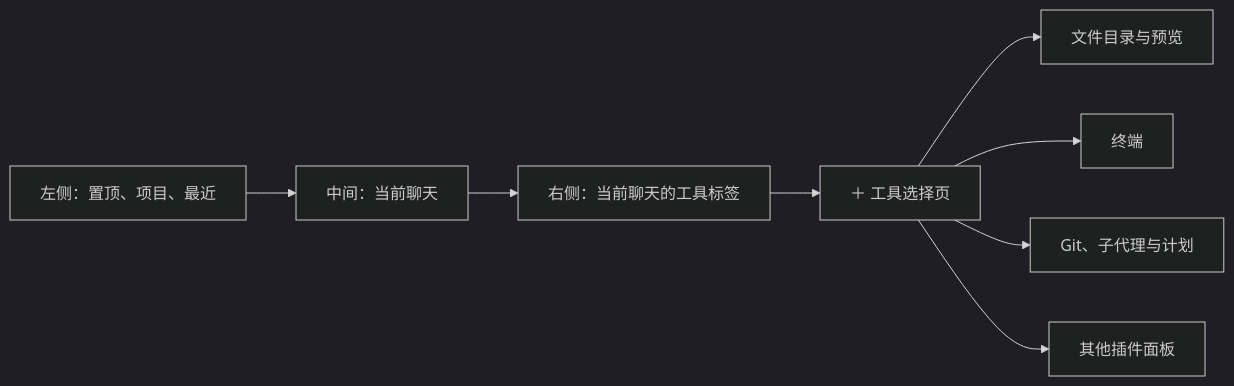
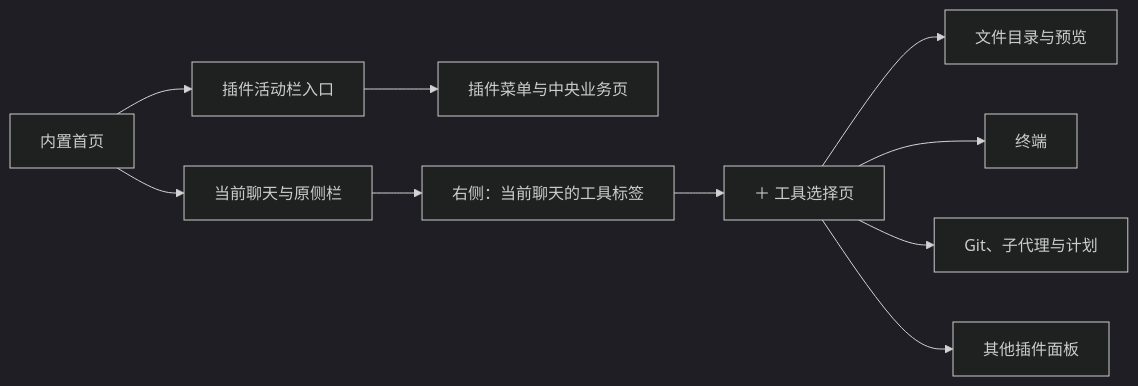
Before and after one commit to xidongdong-153/Pi-meme: the first of 2 diagrams in docs/plugins.md, drawn with Mermaid. The commit also changed other lines of this file and 196 other files, not shown here.

````diff
--- a/docs/plugins.md
+++ b/docs/plugins.md
@@ -147,11 +185,13 @@
 ```mermaid
 %%{init: {"theme": "dark"}}%%
 flowchart LR
-  Navigation["左侧：置顶、项目、最近"] --> Chat["中间：当前聊天"]
+  Navigation["内置首页"] --> Chat["当前聊天与原侧栏"]
+  Navigation --> PluginNav["插件活动栏入口"]
+  PluginNav --> Page["插件菜单与中央业务页"]
   Chat --> Tabs["右侧：当前聊天的工具标签"]
   Tabs --> Picker["＋ 工具选择页"]
   Picker --> Files["文件目录与预览"]
   Picker --> Terminal["终端"]
   Picker --> Git["Git、子代理与计划"]
   Picker --> Plugin["其他插件面板"]
 ```
````
